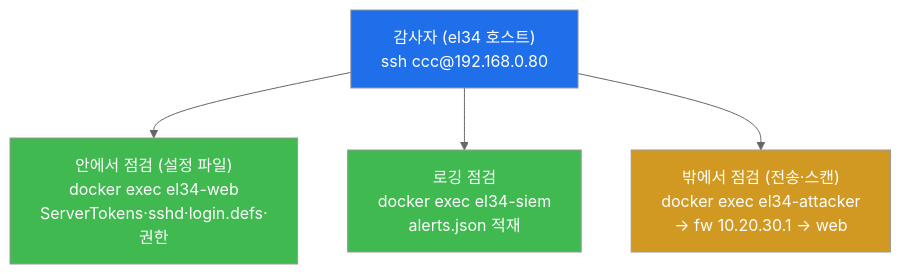
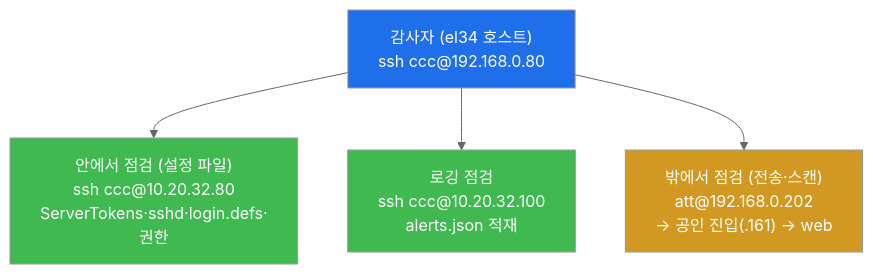
Before and after one commit to mrgrit/tw2: the seventh of 10 diagrams in contents/training/compliance/lecture_week08.md, drawn with Mermaid (neutral theme). The commit also changed other lines of this file and 29 other files, not shown here.

````diff
--- a/contents/training/compliance/lecture_week08.md
+++ b/contents/training/compliance/lecture_week08.md
@@ -405,14 +406,14 @@
 ```mermaid
 graph TD
     HOST["감사자 (el34 호스트)<br/>ssh ccc@192.168.0.80"]
-    IN["안에서 점검 (설정 파일)<br/>docker exec el34-web<br/>ServerTokens·sshd·login.defs·권한"]
-    SIEM["로깅 점검<br/>docker exec el34-siem<br/>alerts.json 적재"]
-    OUT["밖에서 점검 (전송·스캔)<br/>docker exec el34-attacker<br/>→ fw 10.20.30.1 → web"]
+    IN["안에서 점검 (설정 파일)<br/>ssh ccc@10.20.32.80<br/>ServerTokens·sshd·login.defs·권한"]
+    SIEM["로깅 점검<br/>ssh ccc@10.20.32.100<br/>alerts.json 적재"]
+    OUT["밖에서 점검 (전송·스캔)<br/>att@192.168.0.202<br/>→ 공인 진입(.161) → web"]
     HOST --> IN
     HOST --> SIEM
     HOST --> OUT
     style HOST fill:#1f6feb,color:#fff
     style IN fill:#3fb950,color:#fff
     style SIEM fill:#3fb950,color:#fff
     style OUT fill:#d29922,color:#fff
 ```
````
